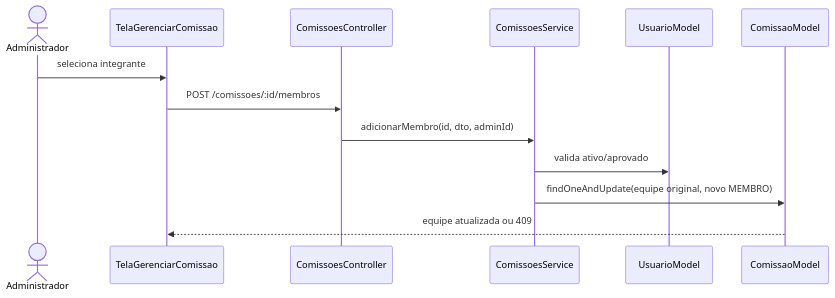
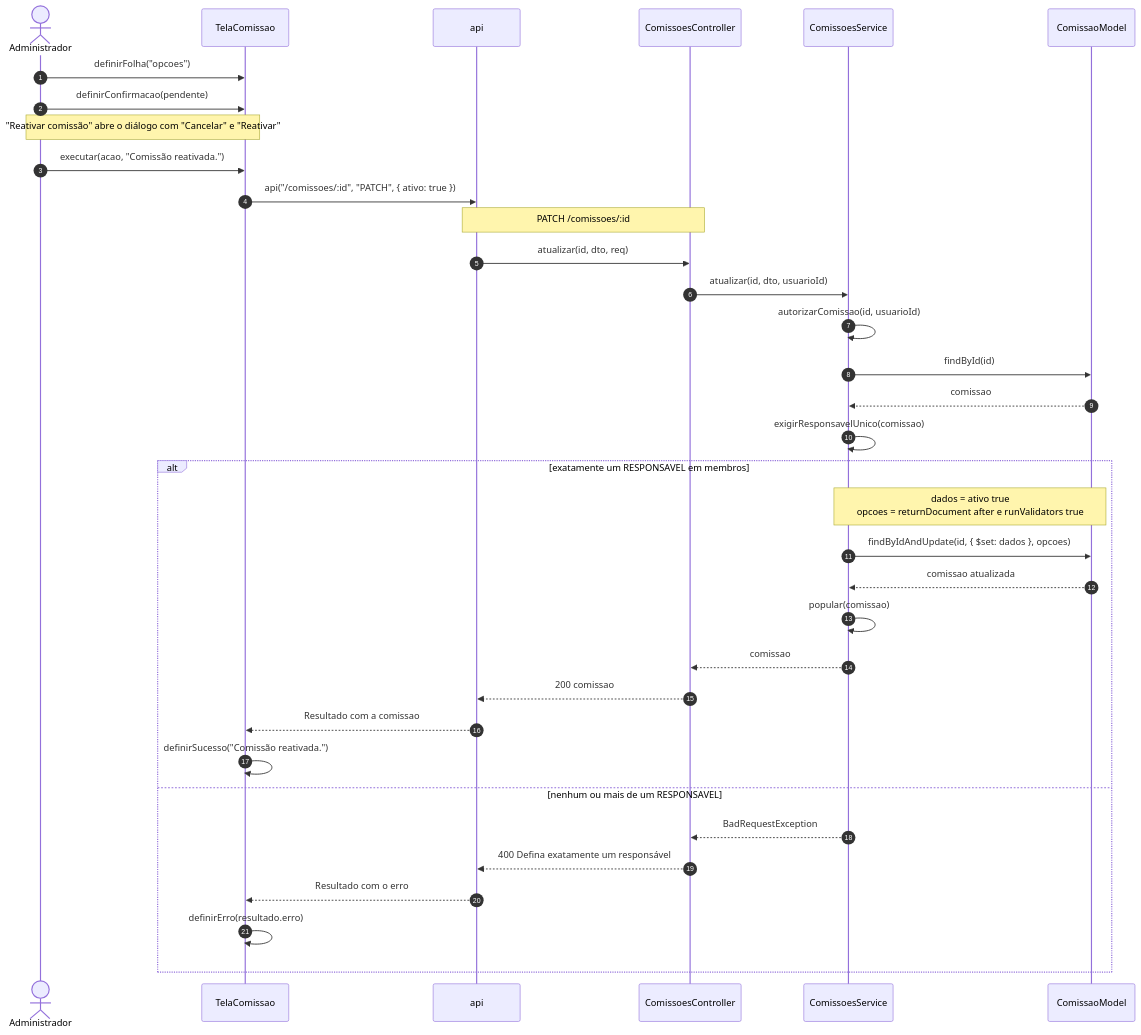
One commit to Conecta-IFSP/DOCUMENTATION changed the sixth of 9 diagrams in 2 - Incremento1/cadastro-comissao/6 - diagramas-sequencia-cadastro-comissao.md. Above: the diagram before and after it, drawn with Mermaid. The commit also changed other lines of this file and 54 other files, not shown here.

````diff
--- a/2 - Incremento1/cadastro-comissao/6 - diagramas-sequencia-cadastro-comissao.md
+++ b/2 - Incremento1/cadastro-comissao/6 - diagramas-sequencia-cadastro-comissao.md
@@ -114,15 +267,37 @@
 ```mermaid
 sequenceDiagram
-    actor A as Administrador
-    participant T as TelaGerenciarComissao
+    autonumber
+    actor U as Administrador
+    participant T as TelaComissao
+    participant A as api
     participant C as ComissoesController
     participant S as ComissoesService
-    participant U as UsuarioModel
     participant M as ComissaoModel
-    A->>T: seleciona integrante
-    T->>C: POST /comissoes/:id/membros
-    C->>S: adicionarMembro(id, dto, adminId)
-    S->>U: valida ativo/aprovado
-    S->>M: findOneAndUpdate(equipe original, novo MEMBRO)
-    M-->>T: equipe atualizada ou 409
+    U->>T: definirFolha("opcoes")
+    U->>T: definirConfirmacao(pendente)
+    Note over U,T: "Reativar comissão" abre o diálogo com "Cancelar" e "Reativar"
+    U->>T: executar(acao, "Comissão reativada.")
+    T->>A: api("/comissoes/:id", "PATCH", { ativo: true })
+    Note over A,C: PATCH /comissoes/:id
+    A->>C: atualizar(id, dto, req)
+    C->>S: atualizar(id, dto, usuarioId)
+    S->>S: autorizarComissao(id, usuarioId)
+    S->>M: findById(id)
+    M-->>S: comissao
+    S->>S: exigirResponsavelUnico(comissao)
+    alt exatamente um RESPONSAVEL em membros
+        Note over S,M: dados = ativo true<br/>opcoes = returnDocument after e runValidators true
+        S->>M: findByIdAndUpdate(id, { $set: dados }, opcoes)
+        M-->>S: comissao atualizada
+        S->>S: popular(comissao)
+        S-->>C: comissao
+        C-->>A: 200 comissao
+        A-->>T: Resultado com a comissao
+        T->>T: definirSucesso("Comissão reativada.")
+    else nenhum ou mais de um RESPONSAVEL
+        S-->>C: BadRequestException
+        C-->>A: 400 Defina exatamente um responsável
+        A-->>T: Resultado com o erro
+        T->>T: definirErro(resultado.erro)
+    end
 ```
````
